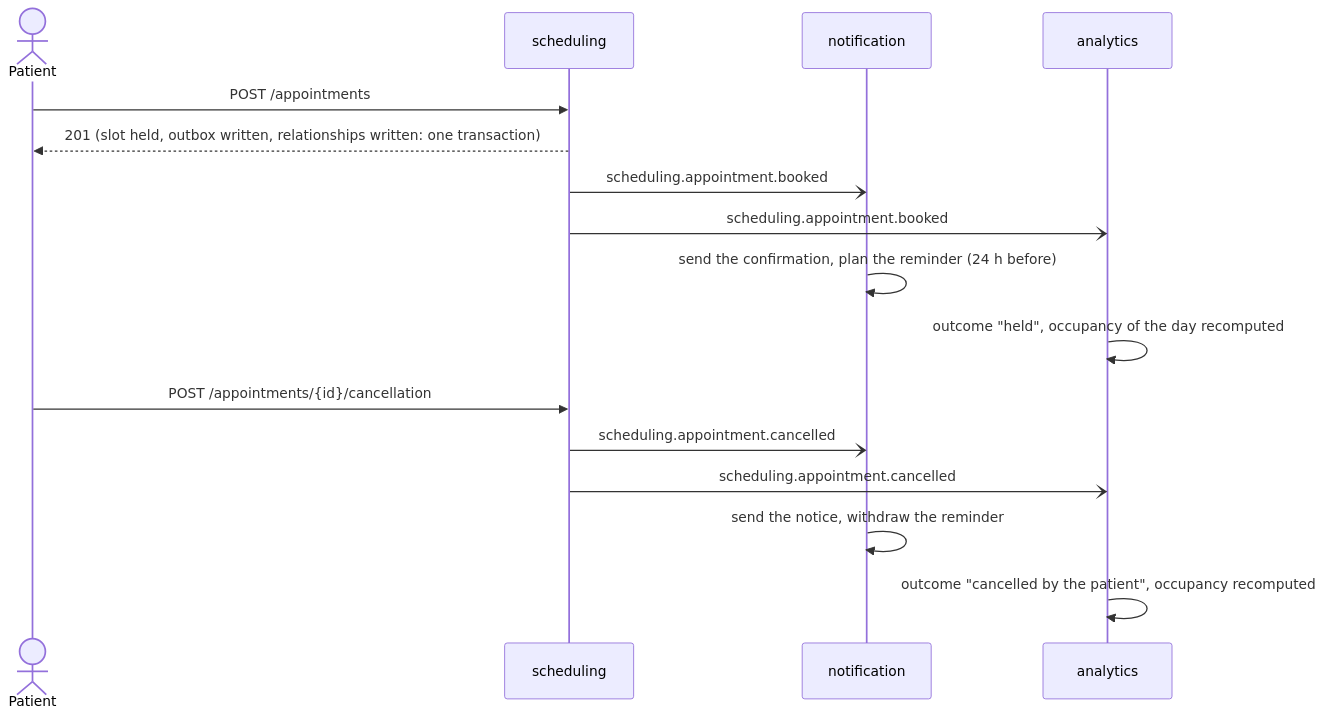
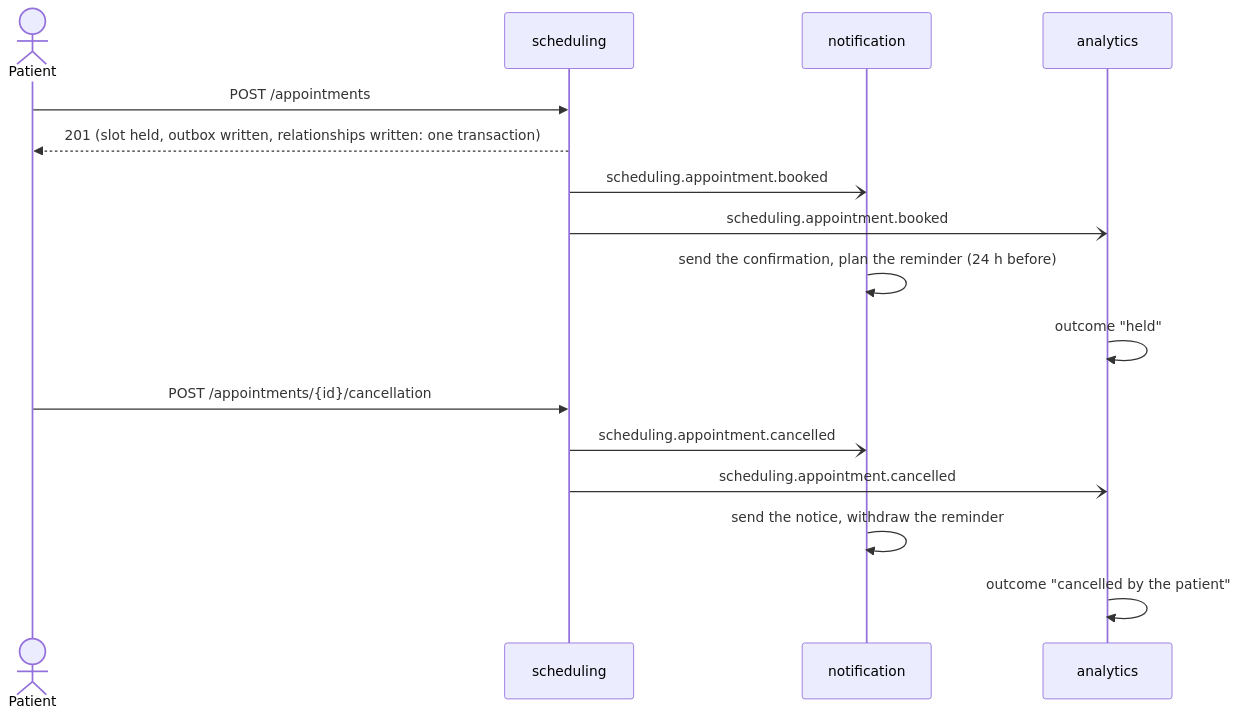
The first of 2 diagrams in examples/scheduling/docs/integration/README.md (gbourgeat/ddd-ts-kit), drawn with Mermaid before and after one commit. The commit also changed other lines of this file and 6 other files, not shown here.

````diff
--- a/examples/scheduling/docs/integration/README.md
+++ b/examples/scheduling/docs/integration/README.md
@@ -47,18 +48,18 @@
 ```mermaid
 sequenceDiagram
   actor Patient
   participant S as scheduling
   participant N as notification
   participant A as analytics
   Patient->>S: POST /appointments
   S-->>Patient: 201 (slot held, outbox written, relationships written: one transaction)
   S-)N: scheduling.appointment.booked
   S-)A: scheduling.appointment.booked
   N->>N: send the confirmation, plan the reminder (24 h before)
-  A->>A: outcome "held", occupancy of the day recomputed
+  A->>A: outcome "held"
   Patient->>S: POST /appointments/{id}/cancellation
   S-)N: scheduling.appointment.cancelled
   S-)A: scheduling.appointment.cancelled
   N->>N: send the notice, withdraw the reminder
-  A->>A: outcome "cancelled by the patient", occupancy recomputed
+  A->>A: outcome "cancelled by the patient"
 ```
````
